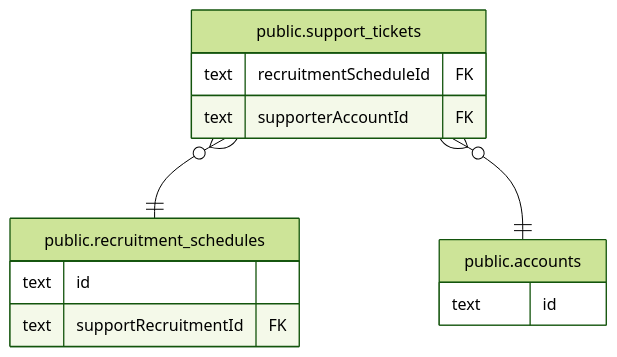
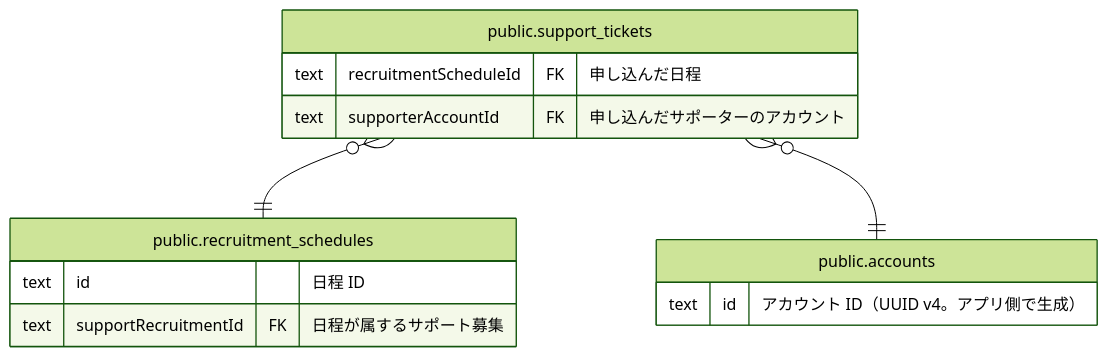
One commit to Physicalfunding/PhysiFun changed the diagram in docs/db/public.support_tickets.md. Above: the diagram before and after it, drawn with Mermaid (forest theme). The commit also changed other lines of this file and 23 other files, not shown here.

````diff
--- a/docs/db/public.support_tickets.md
+++ b/docs/db/public.support_tickets.md
@@ -42,18 +46,18 @@
 ```mermaid
 erDiagram
 
 "public.support_tickets" }o--|| "public.recruitment_schedules" : ""
 "public.support_tickets" }o--|| "public.accounts" : ""
 
 "public.support_tickets" {
-  text recruitmentScheduleId FK ""
-  text supporterAccountId FK ""
+  text recruitmentScheduleId FK "申し込んだ日程"
+  text supporterAccountId FK "申し込んだサポーターのアカウント"
 }
 "public.recruitment_schedules" {
-  text id ""
-  text supportRecruitmentId FK ""
+  text id "日程 ID"
+  text supportRecruitmentId FK "日程が属するサポート募集"
 }
 "public.accounts" {
-  text id ""
+  text id "アカウント ID（UUID v4。アプリ側で生成）"
 }
 ```
````
